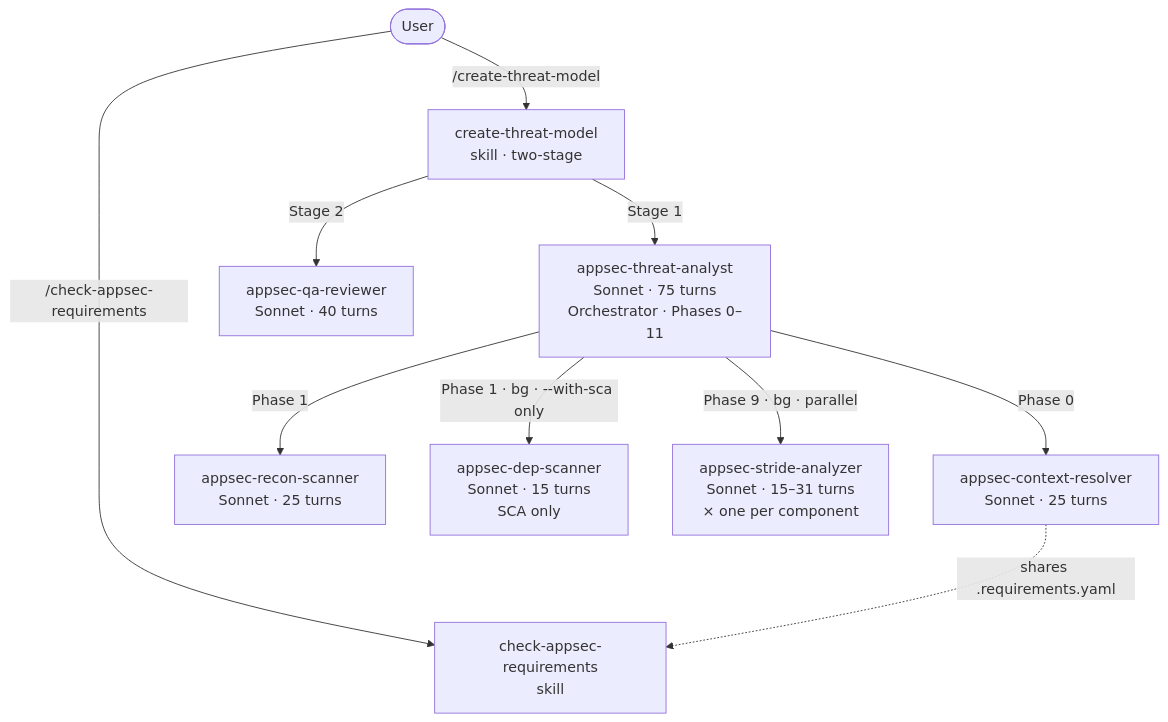
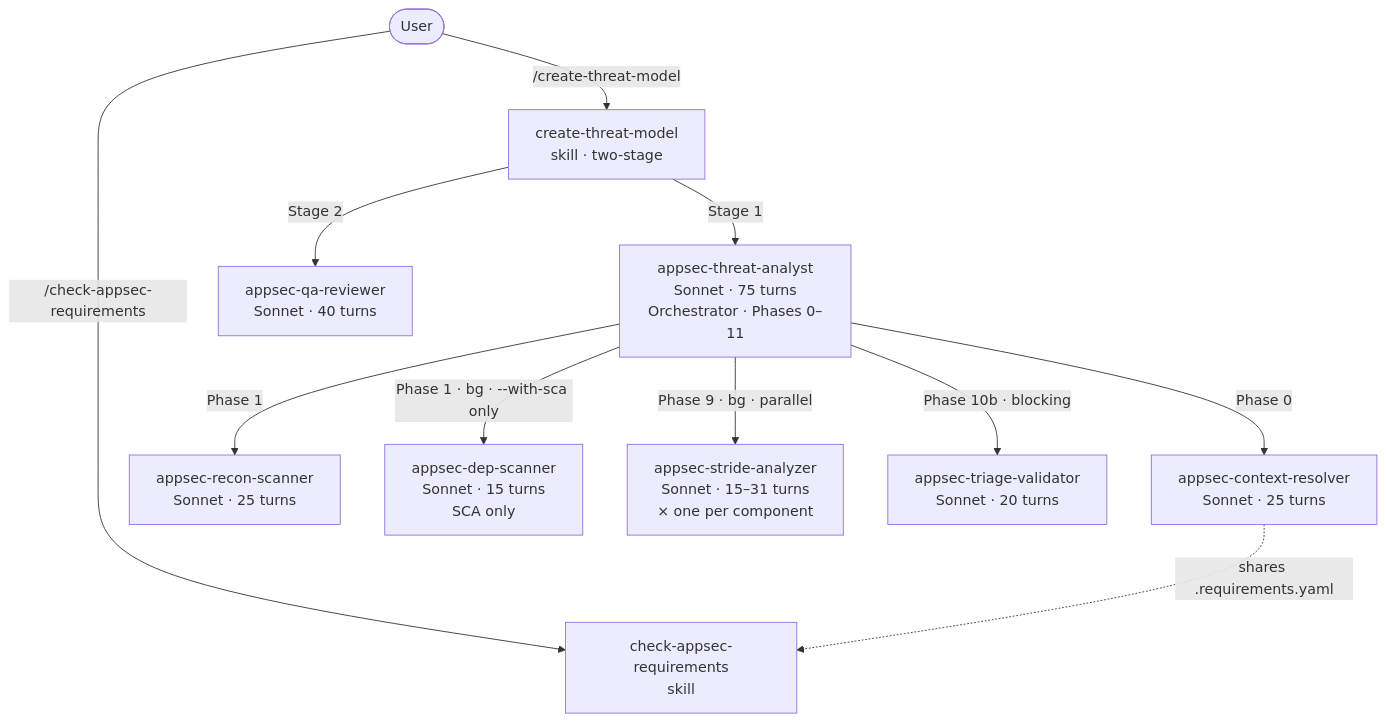
Before and after one commit to appsec-foundry/appsec-advisor: the diagram in docs/architecture.md, drawn with Mermaid. The commit also changed other lines of this file and 19 other files, not shown here.

````diff
--- a/docs/architecture.md
+++ b/docs/architecture.md
@@ -9,16 +9,17 @@
 ```mermaid
 flowchart TD
     U(["User"])
     U -->|"/create-threat-model"| SKILL["create-threat-model\nskill · two-stage"]
     U -->|"/check-appsec-requirements"| SKL["check-appsec-requirements\nskill"]
 
     SKILL -->|"Stage 1"| TA["appsec-threat-analyst\nSonnet · 75 turns\nOrchestrator · Phases 0–11"]
     SKILL -->|"Stage 2"| QA["appsec-qa-reviewer\nSonnet · 40 turns"]
 
     TA -->|"Phase 0"| CR["appsec-context-resolver\nSonnet · 25 turns"]
     TA -->|"Phase 1"| RS["appsec-recon-scanner\nSonnet · 25 turns"]
     TA -->|"Phase 1 · bg · --with-sca only"| DS["appsec-dep-scanner\nSonnet · 15 turns\nSCA only"]
     TA -->|"Phase 9 · bg · parallel"| SA["appsec-stride-analyzer\nSonnet · 15–31 turns\n× one per component"]
+    TA -->|"Phase 10b · blocking"| TV["appsec-triage-validator\nSonnet · 20 turns"]
 
     CR -. "shares .requirements.yaml" .-> SKL
 ```
````
